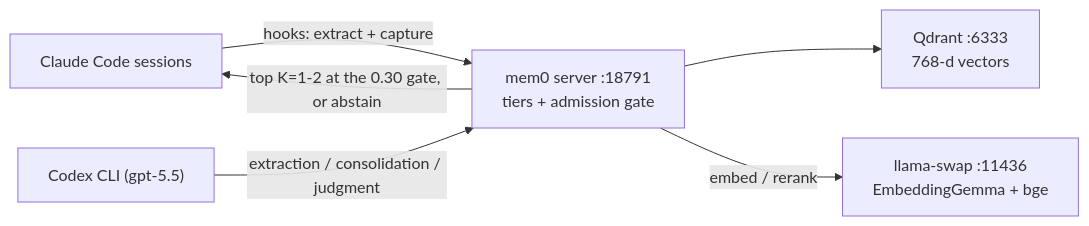
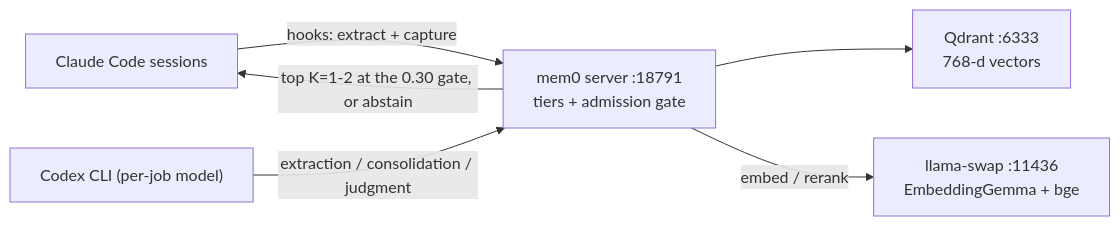
One commit to dmmdea/agentic-memory-stack-for-claude-code changed the diagram in README.md. Above: the diagram before and after it, drawn with Mermaid. The commit also changed 25 other files, not shown here.

````diff
--- a/README.md
+++ b/README.md
@@ -19,8 +19,8 @@
 ```mermaid
 flowchart LR
     A["Claude Code sessions"] -->|"hooks: extract + capture"| B["mem0 server :18791<br/>tiers + admission gate"]
     B --> C["Qdrant :6333<br/>768-d vectors"]
     B -->|"embed / rerank"| D["llama-swap :11436<br/>EmbeddingGemma + bge"]
-    E["Codex CLI (gpt-5.5)"] -->|"extraction / consolidation / judgment"| B
+    E["Codex CLI (per-job model)"] -->|"extraction / consolidation / judgment"| B
     B -->|"top K=1-2 at the 0.30 gate, or abstain"| A
 ```
````
